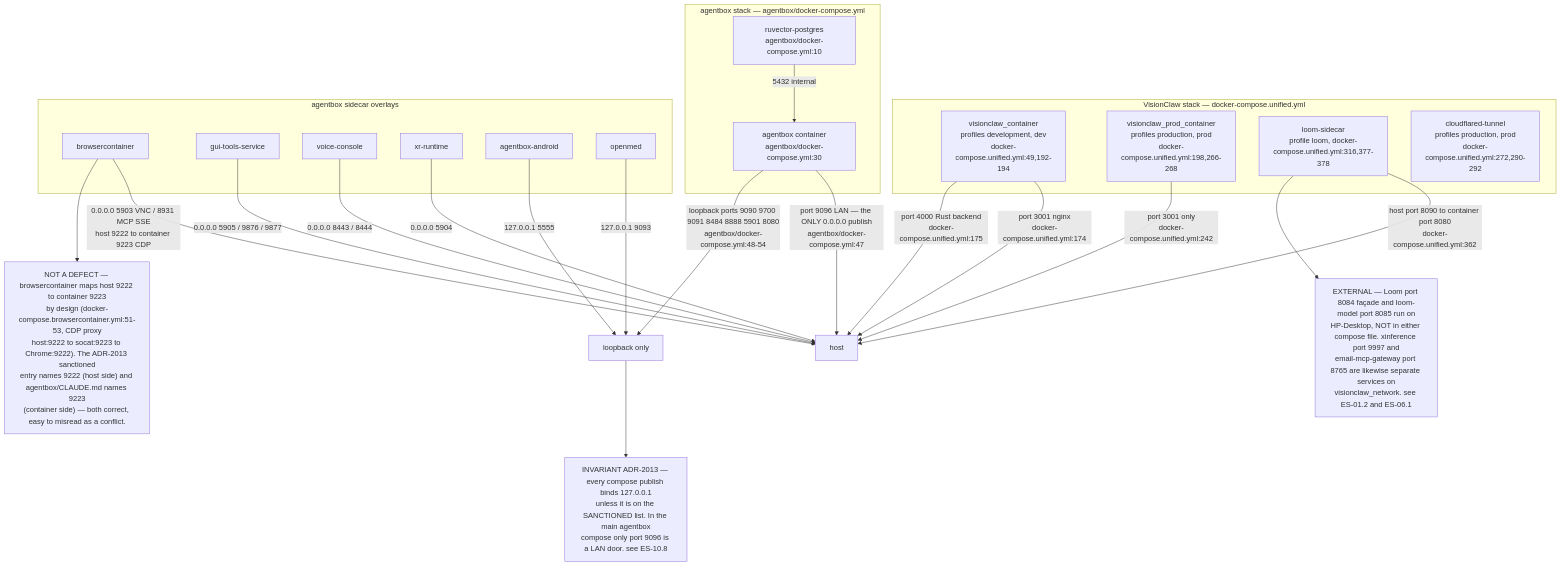
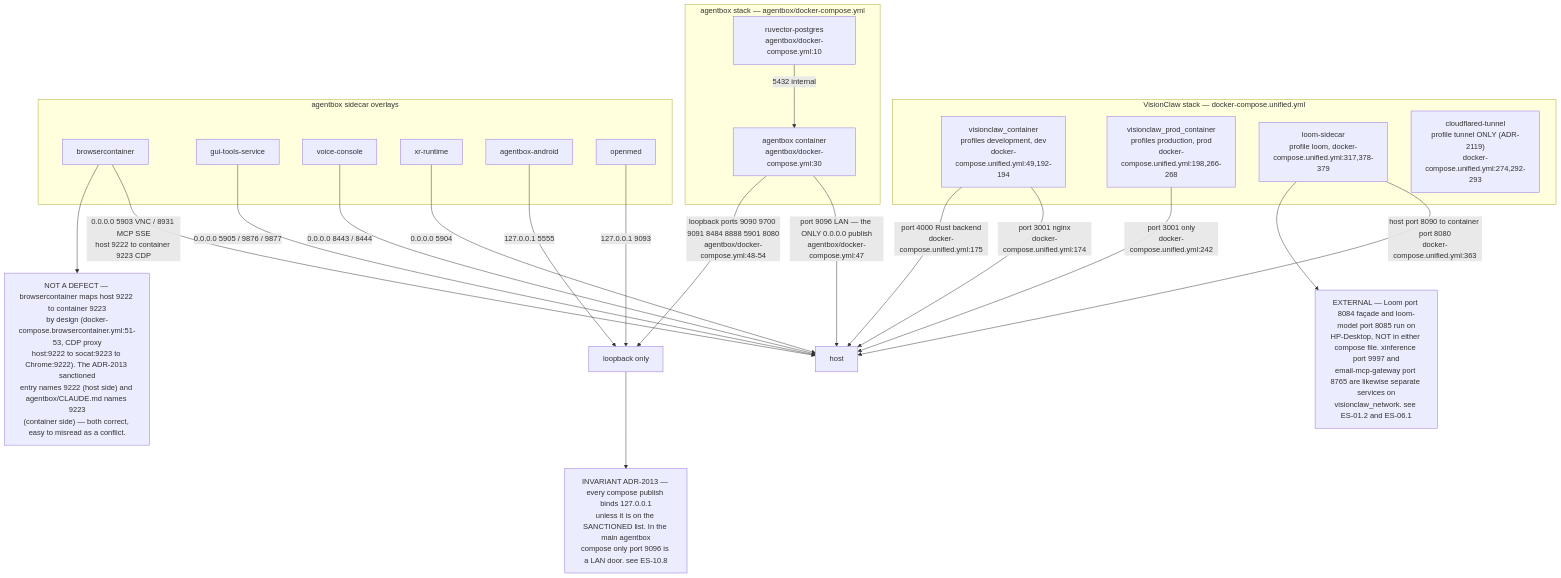
The third of 8 diagrams in docs/diagrams/estate/01-estate-topology.md (DreamLab-AI/VisionFlow), drawn with Mermaid before and after one commit. The commit also changed other lines of this file and 111 other files, not shown here.

Commit message:
docs(diagrams): align estate maps with current source

````diff
--- a/docs/diagrams/estate/01-estate-topology.md
+++ b/docs/diagrams/estate/01-estate-topology.md
@@ -121,43 +121,43 @@
 ```mermaid
 flowchart TB
     subgraph vcstack["VisionClaw stack — docker-compose.unified.yml"]
         VCD["visionclaw_container<br/>profiles development, dev<br/>docker-compose.unified.yml:49,192-194"]
         VCP["visionclaw_prod_container<br/>profiles production, prod<br/>docker-compose.unified.yml:198,266-268"]
-        LOOMB["loom-sidecar<br/>profile loom, docker-compose.unified.yml:316,377-378"]
-        CFT["cloudflared-tunnel<br/>profiles production, prod<br/>docker-compose.unified.yml:272,290-292"]
+        LOOMB["loom-sidecar<br/>profile loom, docker-compose.unified.yml:317,378-379"]
+        CFT["cloudflared-tunnel<br/>profile tunnel ONLY (ADR-2119)<br/>docker-compose.unified.yml:274,292-293"]
     end
     subgraph abstack["agentbox stack — agentbox/docker-compose.yml"]
         ABC["agentbox container<br/>agentbox/docker-compose.yml:30"]
         RPG["ruvector-postgres<br/>agentbox/docker-compose.yml:10"]
     end
     subgraph sidecars["agentbox sidecar overlays"]
         BC["browsercontainer"]
         GT["gui-tools-service"]
         VCON["voice-console"]
         XRR["xr-runtime"]
         AND["agentbox-android"]
         OM["openmed"]
     end
 
     VCD -->|"port 3001 nginx<br/>docker-compose.unified.yml:174"| EXT1["host"]
     VCD -->|"port 4000 Rust backend<br/>docker-compose.unified.yml:175"| EXT1
     VCP -->|"port 3001 only<br/>docker-compose.unified.yml:242"| EXT1
-    LOOMB -->|"host port 8090 to container port 8080<br/>docker-compose.unified.yml:362"| EXT1
+    LOOMB -->|"host port 8090 to container port 8080<br/>docker-compose.unified.yml:363"| EXT1
     ABC -->|"port 9096 LAN — the ONLY 0.0.0.0 publish<br/>agentbox/docker-compose.yml:47"| EXT1
     ABC -->|"loopback ports 9090 9700 9091 8484 8888 5901 8080<br/>agentbox/docker-compose.yml:48-54"| LOOPBACK["loopback only"]
     RPG -->|"5432 internal"| ABC
     BC -->|"0.0.0.0 5903 VNC / 8931 MCP SSE<br/>host 9222 to container 9223 CDP"| EXT1
     GT -->|"0.0.0.0 5905 / 9876 / 9877"| EXT1
     VCON -->|"0.0.0.0 8443 / 8444"| EXT1
     XRR -->|"0.0.0.0 5904"| EXT1
     AND -->|"127.0.0.1 5555"| LOOPBACK
     OM -->|"127.0.0.1 9093"| LOOPBACK
 
     INV["INVARIANT ADR-2013 — every compose publish binds 127.0.0.1<br/>unless it is on the SANCTIONED list. In the main agentbox<br/>compose only port 9096 is a LAN door. see ES-10.8"]
     D1["NOT A DEFECT — browsercontainer maps host 9222 to container 9223<br/>by design (docker-compose.browsercontainer.yml:51-53, CDP proxy<br/>host:9222 to socat:9223 to Chrome:9222). The ADR-2013 sanctioned<br/>entry names 9222 (host side) and agentbox/CLAUDE.md names 9223<br/>(container side) — both correct, easy to misread as a conflict."]
     D2["EXTERNAL — Loom port 8084 façade and loom-model port 8085 run on<br/>HP-Desktop, NOT in either compose file. xinference port 9997 and<br/>email-mcp-gateway port 8765 are likewise separate services on<br/>visionclaw_network. see ES-01.2 and ES-06.1"]
 
     LOOPBACK --> INV
     BC --> D1
     LOOMB --> D2
 ```
````
